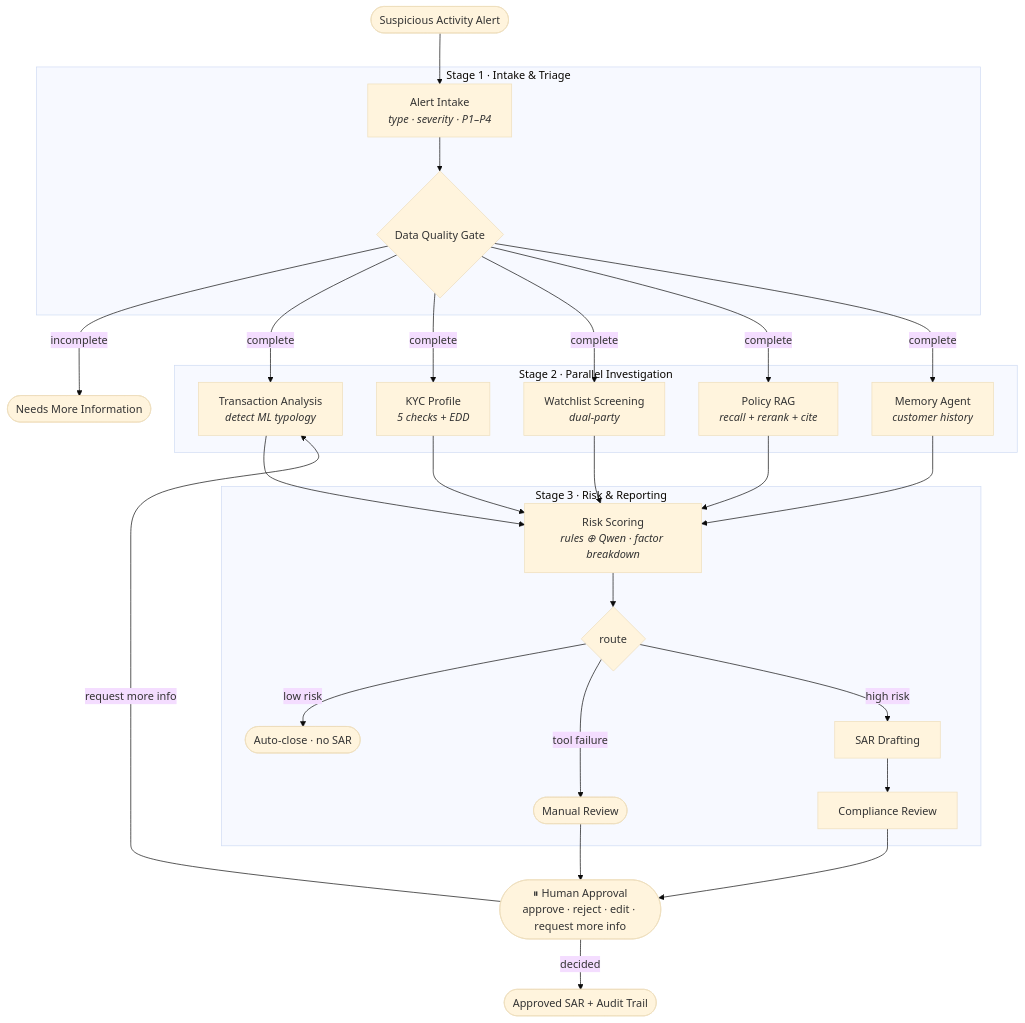
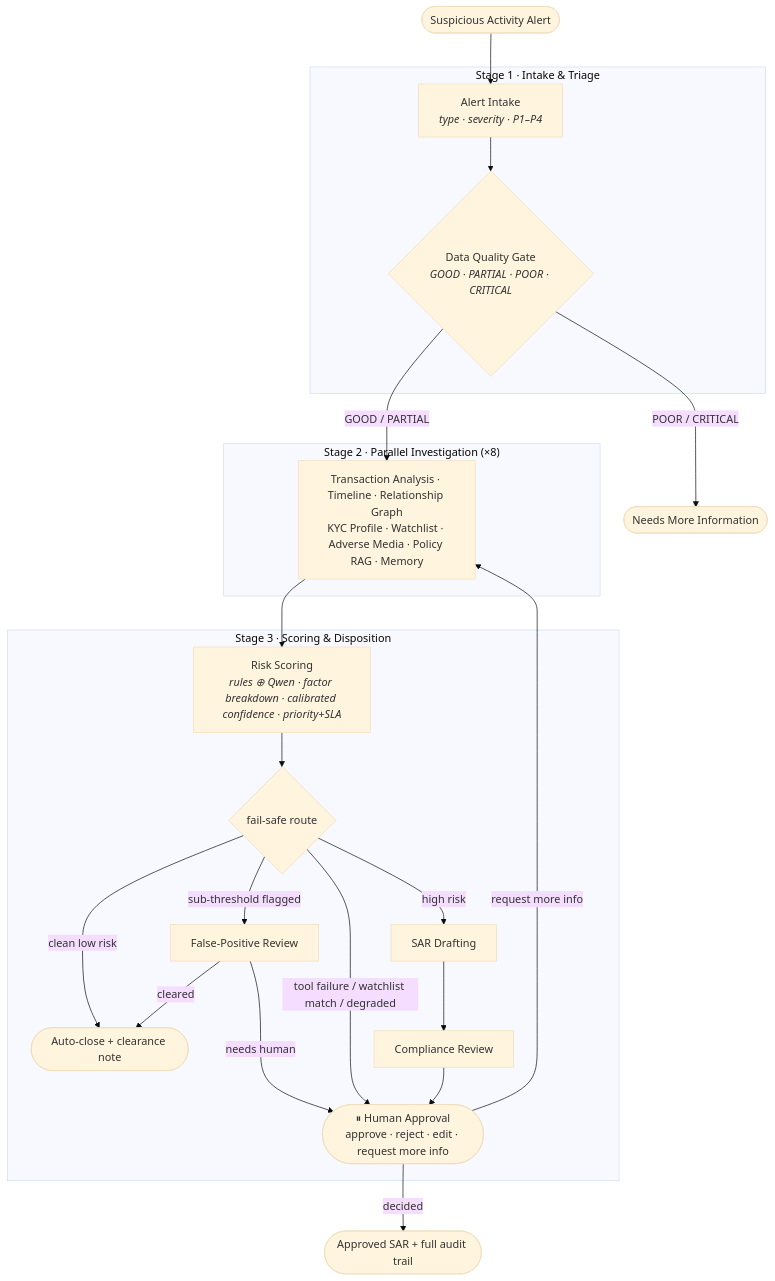
The diagram in README.md (sonnysanputra/ComplianceGuard), drawn with Mermaid (base theme) before and after one commit. The commit also changed other lines of this file, not shown here.

````diff
--- a/README.md
+++ b/README.md
@@ -24,27 +23,25 @@
 ```mermaid
 flowchart TD
     A([Suspicious Activity Alert]) --> B
     subgraph S1["Stage 1 · Intake & Triage"]
-        B["Alert Intake<br/><i>type · severity · P1–P4</i>"] --> DQ{"Data Quality Gate"}
+        B["Alert Intake<br/><i>type · severity · P1–P4</i>"] --> DQ{"Data Quality Gate<br/><i>GOOD · PARTIAL · POOR · CRITICAL</i>"}
     end
-    DQ -- incomplete --> NMI([Needs More Information])
-    DQ -- complete --> C1 & C2 & C3 & C4 & C5
-    subgraph S2["Stage 2 · Parallel Investigation"]
-        C1["Transaction Analysis<br/><i>detect ML typology</i>"]
-        C2["KYC Profile<br/><i>5 checks + EDD</i>"]
-        C3["Watchlist Screening<br/><i>dual-party</i>"]
-        C4["Policy RAG<br/><i>recall + rerank + cite</i>"]
-        C5["Memory Agent<br/><i>customer history</i>"]
+    DQ -- POOR / CRITICAL --> NMI([Needs More Information])
+    DQ -- GOOD / PARTIAL --> INV
+    subgraph S2["Stage 2 · Parallel Investigation (×8)"]
+        INV["Transaction Analysis · Timeline · Relationship Graph<br/>KYC Profile · Watchlist · Adverse Media · Policy RAG · Memory"]
     end
-    C1 & C2 & C3 & C4 & C5 --> D
-    subgraph S3["Stage 3 · Risk & Reporting"]
-        D["Risk Scoring<br/><i>rules ⊕ Qwen · factor breakdown</i>"] --> E{route}
-        E -- low risk --> F([Auto-close · no SAR])
-        E -- tool failure --> MR([Manual Review])
+    INV --> D
+    subgraph S3["Stage 3 · Scoring & Disposition"]
+        D["Risk Scoring<br/><i>rules ⊕ Qwen · factor breakdown · calibrated confidence · priority+SLA</i>"] --> E{fail-safe route}
+        E -- clean low risk --> AC([Auto-close + clearance note])
+        E -- sub-threshold flagged --> FP["False-Positive Review"]
+        FP -- cleared --> AC
+        FP -- needs human --> I
+        E -- tool failure / watchlist match / degraded --> I
         E -- high risk --> G["SAR Drafting"] --> H["Compliance Review"]
     end
     H --> I([⏸ Human Approval<br/>approve · reject · edit · request more info])
-    MR --> I
-    I -- request more info --> C1
-    I -- decided --> J([Approved SAR + Audit Trail])
+    I -- request more info --> INV
+    I -- decided --> J([Approved SAR + full audit trail])
 ```
````
